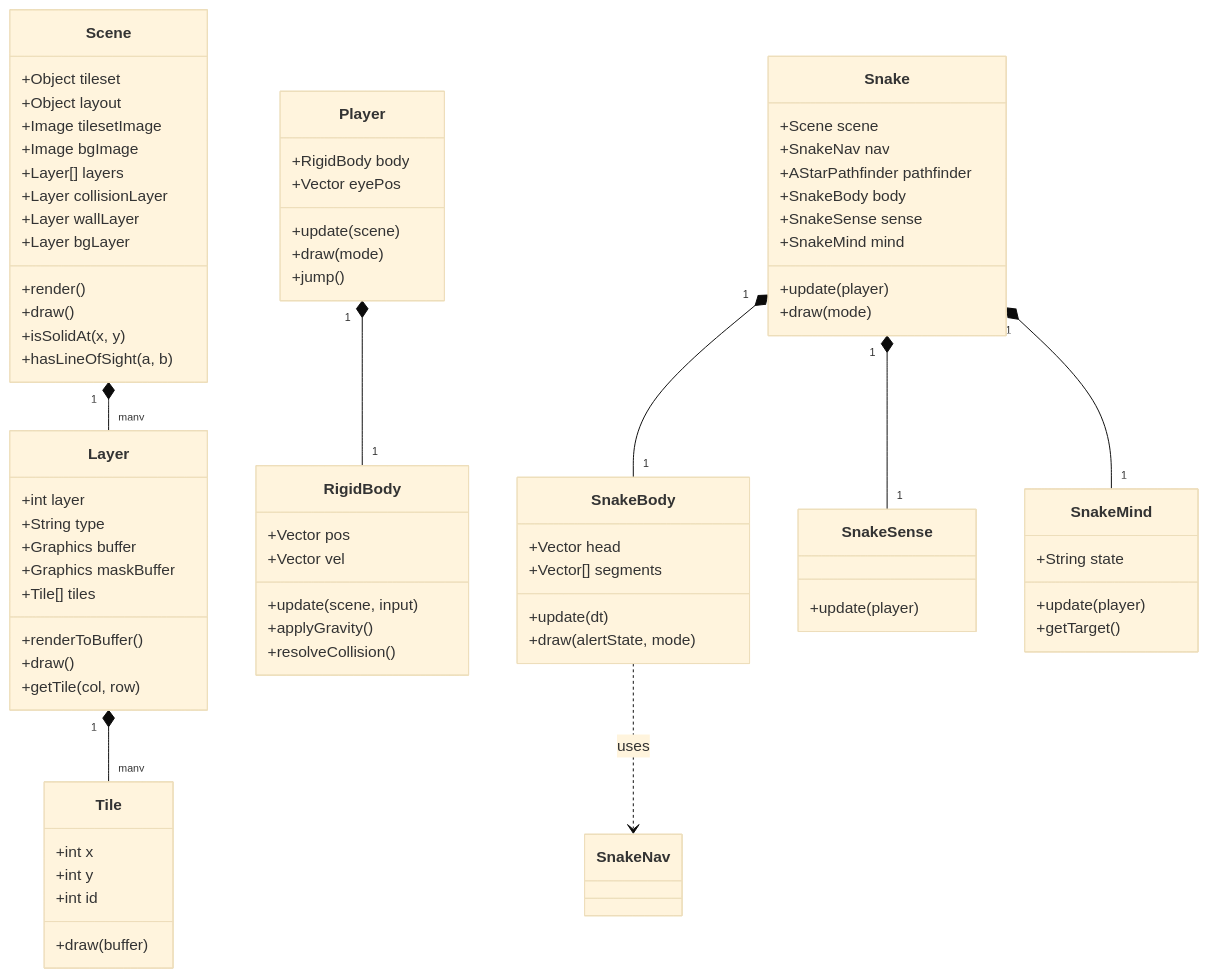
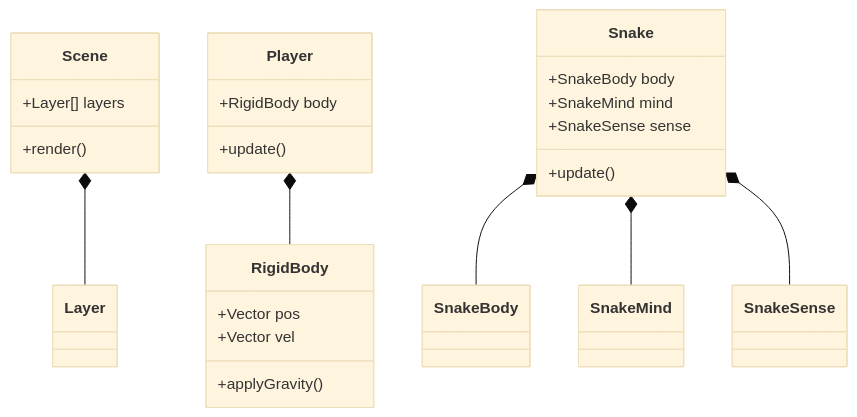
The second of 4 diagrams in README.md (pinowine/PseudoDen), drawn with Mermaid (base theme) before and after one commit. The commit also changed other lines of this file, not shown here.

````diff
--- a/README.md
+++ b/README.md
@@ -385,87 +417,28 @@
 ```mermaid
 classDiagram
     class Scene {
-        +Object tileset
-        +Object layout
-        +Image tilesetImage
-        +Image bgImage
         +Layer[] layers
-        +Layer collisionLayer
-        +Layer wallLayer
-        +Layer bgLayer
         +render()
-        +draw()
-        +isSolidAt(x, y)
-        +hasLineOfSight(a, b)
     }
-
-    class Layer {
-        +int layer
-        +String type
-        +Graphics buffer
-        +Graphics maskBuffer
-        +Tile[] tiles
-        +renderToBuffer()
-        +draw()
-        +getTile(col, row)
-    }
-
-    class Tile {
-        +int x
-        +int y
-        +int id
-        +draw(buffer)
-    }
-
     class Player {
         +RigidBody body
-        +Vector eyePos
-        +update(scene)
-        +draw(mode)
-        +jump()
+        +update()
     }
-
+    class Snake {
+        +SnakeBody body
+        +SnakeMind mind
+        +SnakeSense sense
+        +update()
+    }
     class RigidBody {
         +Vector pos
         +Vector vel
-        +update(scene, input)
         +applyGravity()
-        +resolveCollision()
     }
-
-    class Snake {
-        +Scene scene
-        +SnakeNav nav
-        +AStarPathfinder pathfinder
-        +SnakeBody body
-        +SnakeSense sense
-        +SnakeMind mind
-        +update(player)
-        +draw(mode)
-    }
-
-    class SnakeBody {
-        +Vector head
-        +Vector[] segments
-        +update(dt)
-        +draw(alertState, mode)
-    }
-
-    class SnakeSense {
-        +update(player)
-    }
-
-    class SnakeMind {
-        +String state
-        +update(player)
-        +getTarget()
-    }
-
-    Scene "1" *-- "many" Layer
-    Layer "1" *-- "many" Tile
-    Player "1" *-- "1" RigidBody
-    Snake "1" *-- "1" SnakeBody
-    Snake "1" *-- "1" SnakeSense
-    Snake "1" *-- "1" SnakeMind
-    SnakeBody ..> SnakeNav : uses
+    
+    Player *-- RigidBody
+    Snake *-- SnakeBody
+    Snake *-- SnakeMind
+    Snake *-- SnakeSense
+    Scene *-- Layer
 ```
````
